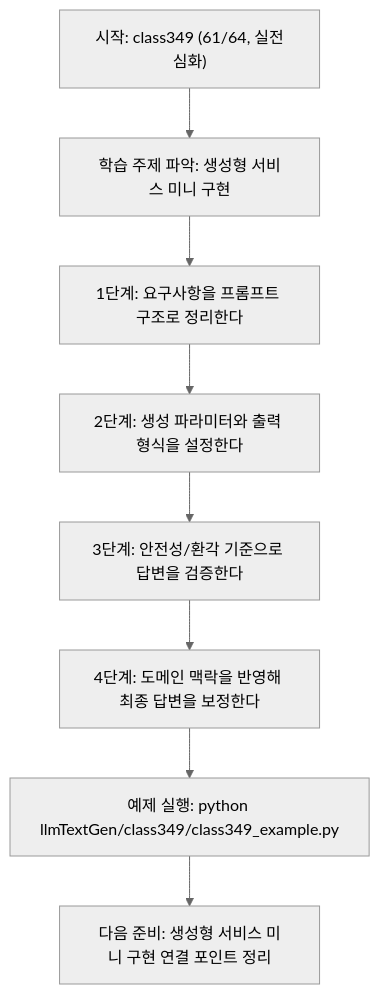
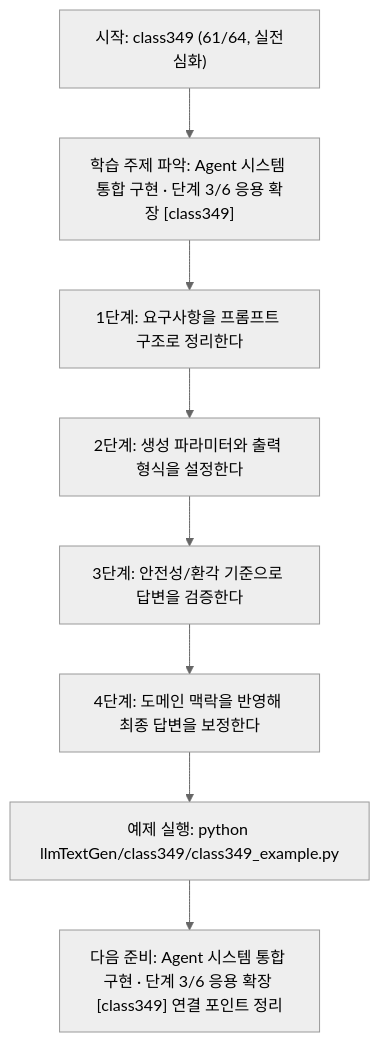
One commit to edumgt/Python-AI_Agent-Class changed the diagram in llmTextGen/class349/class349.md. Above: the diagram before and after it, drawn with Mermaid (neutral theme). The commit also changed other lines of this file and 522 other files, not shown here.

````diff
--- a/llmTextGen/class349/class349.md
+++ b/llmTextGen/class349/class349.md
@@ -114,18 +115,18 @@
 ```mermaid
 flowchart TD
 N1["시작: class349 (61/64, 실전심화)"]
-N2["학습 주제 파악: 생성형 서비스 미니 구현"]
+N2["학습 주제 파악: Agent 시스템 통합 구현 · 단계 3/6 응용 확장 [class349]"]
 N3["1단계: 요구사항을 프롬프트 구조로 정리한다"]
 N4["2단계: 생성 파라미터와 출력 형식을 설정한다"]
 N5["3단계: 안전성/환각 기준으로 답변을 검증한다"]
 N6["4단계: 도메인 맥락을 반영해 최종 답변을 보정한다"]
 N7["예제 실행: python llmTextGen/class349/class349_example.py"]
-N8["다음 준비: 생성형 서비스 미니 구현 연결 포인트 정리"]
+N8["다음 준비: Agent 시스템 통합 구현 · 단계 3/6 응용 확장 [class349] 연결 포인트 정리"]
 N1 --> N2
 N2 --> N3
 N3 --> N4
 N4 --> N5
 N5 --> N6
 N6 --> N7
 N7 --> N8
 ```
````
